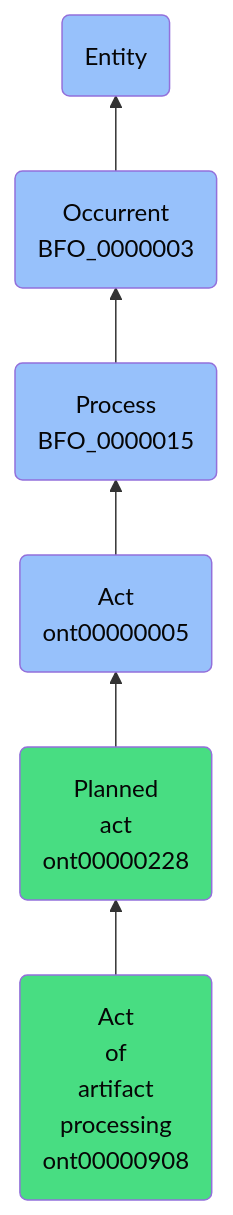
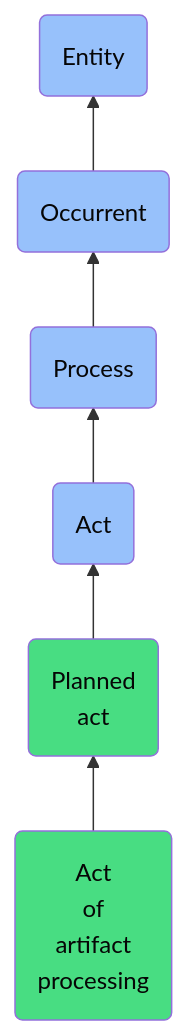
The diagram in docs/ontology/reference/model/Entity/Occurrent/Process/Act/Planned act/Act of artifact processing/Act of artifact processing.md (jupyter-naas/abi), drawn with Mermaid before and after one commit. The commit also changed other lines of this file and 1430 other files, not shown here.

````diff
--- a/docs/ontology/reference/model/Entity/Occurrent/Process/Act/Planned act/Act of artifact processing/Act of artifact processing.md
+++ b/docs/ontology/reference/model/Entity/Occurrent/Process/Act/Planned act/Act of artifact processing/Act of artifact processing.md
@@ -24,13 +24,13 @@
 ```mermaid
 graph BT
-    ont00000908(Act<br>of<br>artifact<br>processing<br>ont00000908):::ABI-->ont00000228
-    ont00000228(Planned<br>act<br>ont00000228):::ABI-->ont00000005
-    ont00000005(Act<br>ont00000005):::BFO-->BFO_0000015
-    BFO_0000015(Process<br>BFO_0000015):::BFO-->BFO_0000003
-    BFO_0000003(Occurrent<br>BFO_0000003):::BFO-->BFO_0000001
+    ont00000908(Act<br>of<br>artifact<br>processing):::ABI-->ont00000228
+    ont00000228(Planned<br>act):::ABI-->ont00000005
+    ont00000005(Act):::BFO-->BFO_0000015
+    BFO_0000015(Process):::BFO-->BFO_0000003
+    BFO_0000003(Occurrent):::BFO-->BFO_0000001
     BFO_0000001(Entity):::BFO
     
     classDef BFO fill:#97c1fb,color:#060606
     classDef CCO fill:#e4c51e,color:#060606
     classDef ABI fill:#48DD82,color:#060606
 ```
````
